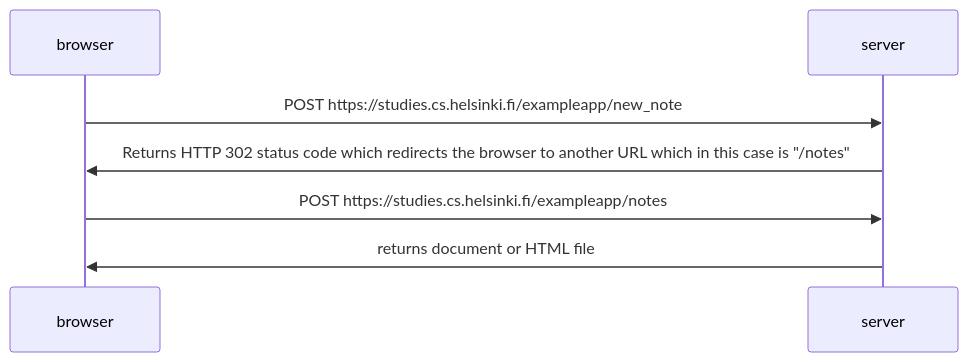
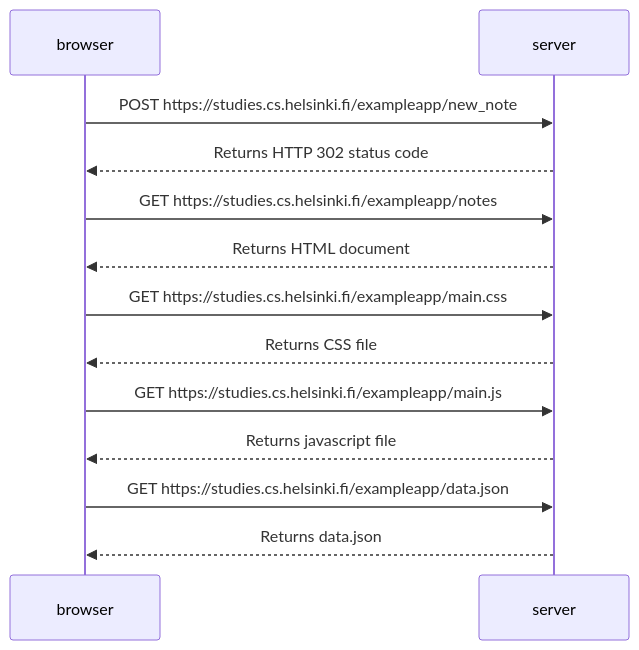
The diagram in Part 0/Exercise 0_4.md (Bas26/Fullstack-open-exercises), drawn with Mermaid before and after one commit.

Commit message:
finished 0_4

````diff
--- a/Part 0/Exercise 0_4.md
+++ b/Part 0/Exercise 0_4.md
@@ -1,11 +1,21 @@
 ```mermaid
 sequenceDiagram
 participant browser
 participant server
 
 browser->>server: POST https://studies.cs.helsinki.fi/exampleapp/new_note
-server->>browser: Returns HTTP 302 status code which redirects the browser to another URL which in this case is "/notes"
+server-->>browser: Returns HTTP 302 status code
+  %% 302 status code redirects the browser to another URL which in this case is "/notes" because it was defined by the action attribute on the initial html file as a result
 
-browser->>server: POST https://studies.cs.helsinki.fi/exampleapp/notes
-server->>browser: returns document or HTML file
+browser->>server: GET https://studies.cs.helsinki.fi/exampleapp/notes
+server-->>browser: Returns HTML document
+
+browser->>server: GET https://studies.cs.helsinki.fi/exampleapp/main.css
+server-->>browser: Returns CSS file
+
+browser->>server: GET https://studies.cs.helsinki.fi/exampleapp/main.js
+server-->>browser: Returns javascript file
+
+browser->>server: GET https://studies.cs.helsinki.fi/exampleapp/data.json
+server-->>browser: Returns data.json
 ```
````
